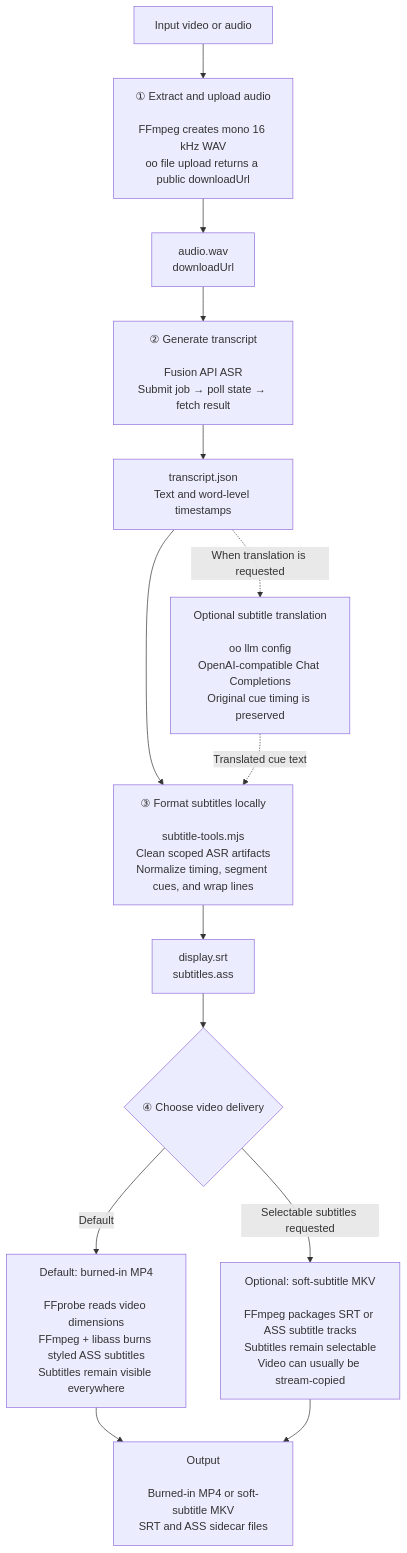
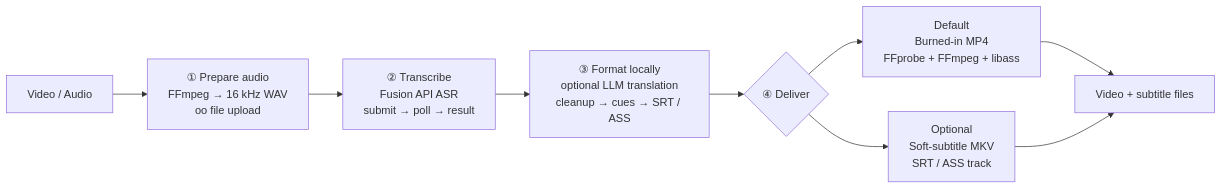
One commit to oomol-lab/video-subtitle-translator changed the diagram in README.md. Above: the diagram before and after it, drawn with Mermaid. The commit also changed 1 other file, not shown here.

Commit message:
Add bilingual documentation and compact architecture

````diff
--- a/README.md
+++ b/README.md
@@ -21,40 +23,15 @@
 ```mermaid
-flowchart TD
-    INPUT["Input video or audio"]
+flowchart LR
+    INPUT["Video / Audio"]
+    PREP["① Prepare audio<br/>FFmpeg → 16 kHz WAV<br/>oo file upload"]
+    ASR["② Transcribe<br/>Fusion API ASR<br/>submit → poll → result"]
+    LOCAL["③ Format locally<br/>optional LLM translation<br/>cleanup → cues → SRT / ASS"]
+    DELIVERY{"④ Deliver"}
+    BURN["Default<br/>Burned-in MP4<br/>FFprobe + FFmpeg + libass"]
+    MKV["Optional<br/>Soft-subtitle MKV<br/>SRT / ASS track"]
+    OUTPUT["Video + subtitle files"]
 
-    STEP1["① Extract and upload audio<br/><br/>FFmpeg creates mono 16 kHz WAV<br/>oo file upload returns a public downloadUrl"]
-
-    AUDIO["audio.wav<br/>downloadUrl"]
-
-    STEP2["② Generate transcript<br/><br/>Fusion API ASR<br/>Submit job → poll state → fetch result"]
-
-    TRANSCRIPT["transcript.json<br/>Text and word-level timestamps"]
-
-    TRANSLATE["Optional subtitle translation<br/><br/>oo llm config<br/>OpenAI-compatible Chat Completions<br/>Original cue timing is preserved"]
-
-    STEP3["③ Format subtitles locally<br/><br/>subtitle-tools.mjs<br/>Clean scoped ASR artifacts<br/>Normalize timing, segment cues, and wrap lines"]
-
-    SUBTITLES["display.srt<br/>subtitles.ass"]
-
-    DELIVERY{"④ Choose video delivery"}
-
-    BURN["Default: burned-in MP4<br/><br/>FFprobe reads video dimensions<br/>FFmpeg + libass burns styled ASS subtitles<br/>Subtitles remain visible everywhere"]
-
-    MKV["Optional: soft-subtitle MKV<br/><br/>FFmpeg packages SRT or ASS subtitle tracks<br/>Subtitles remain selectable<br/>Video can usually be stream-copied"]
-
-    OUTPUT["Output<br/><br/>Burned-in MP4 or soft-subtitle MKV<br/>SRT and ASS sidecar files"]
-
-    INPUT --> STEP1
-    STEP1 --> AUDIO
-    AUDIO --> STEP2
-    STEP2 --> TRANSCRIPT
-    TRANSCRIPT --> STEP3
-    TRANSCRIPT -. "When translation is requested" .-> TRANSLATE
-    TRANSLATE -. "Translated cue text" .-> STEP3
-    STEP3 --> SUBTITLES
-    SUBTITLES --> DELIVERY
-    DELIVERY -->|"Default"| BURN
-    DELIVERY -->|"Selectable subtitles requested"| MKV
-    BURN --> OUTPUT
-    MKV --> OUTPUT
+    INPUT --> PREP --> ASR --> LOCAL --> DELIVERY
+    DELIVERY --> BURN --> OUTPUT
+    DELIVERY --> MKV --> OUTPUT
 ```
````
